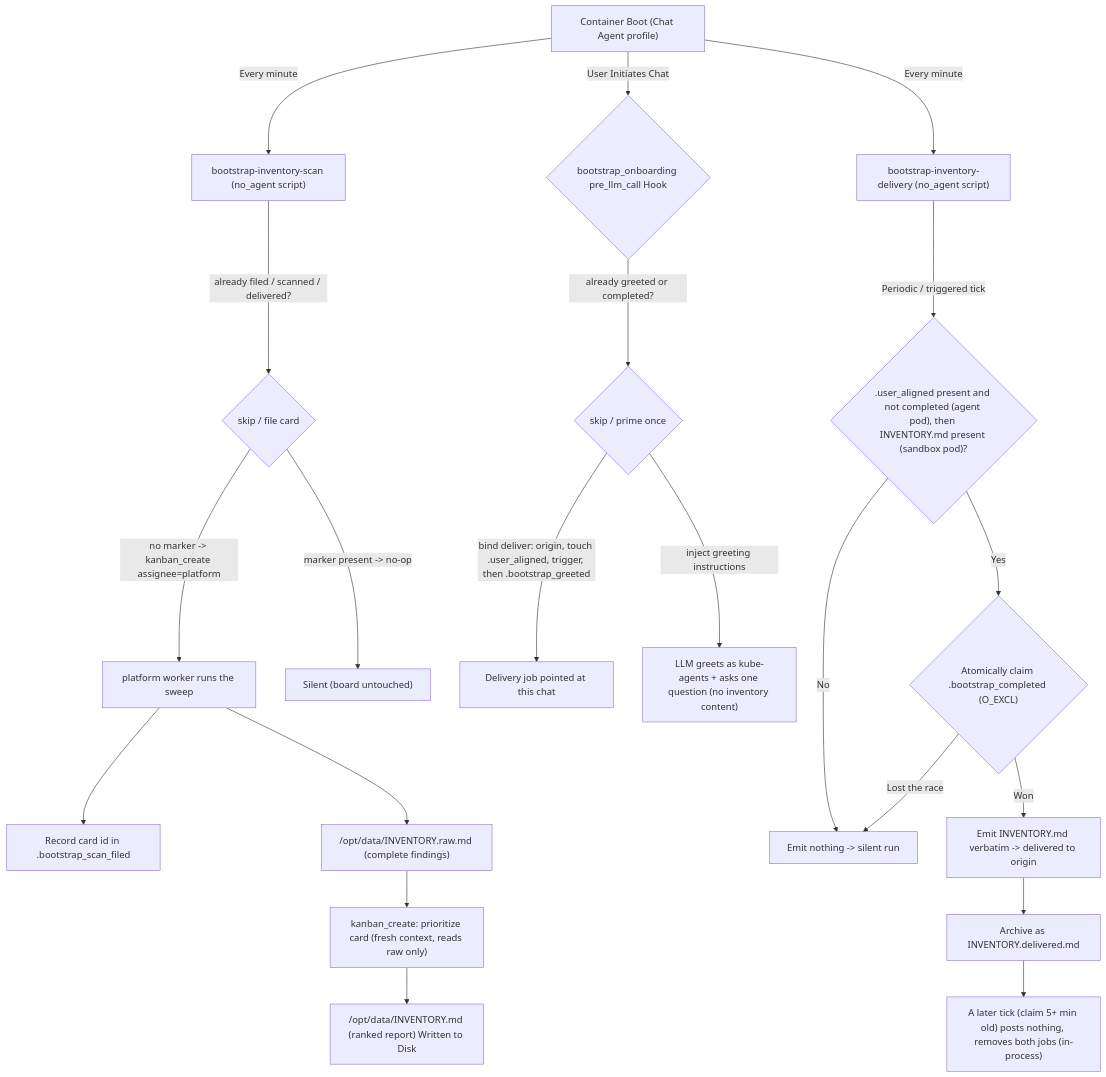
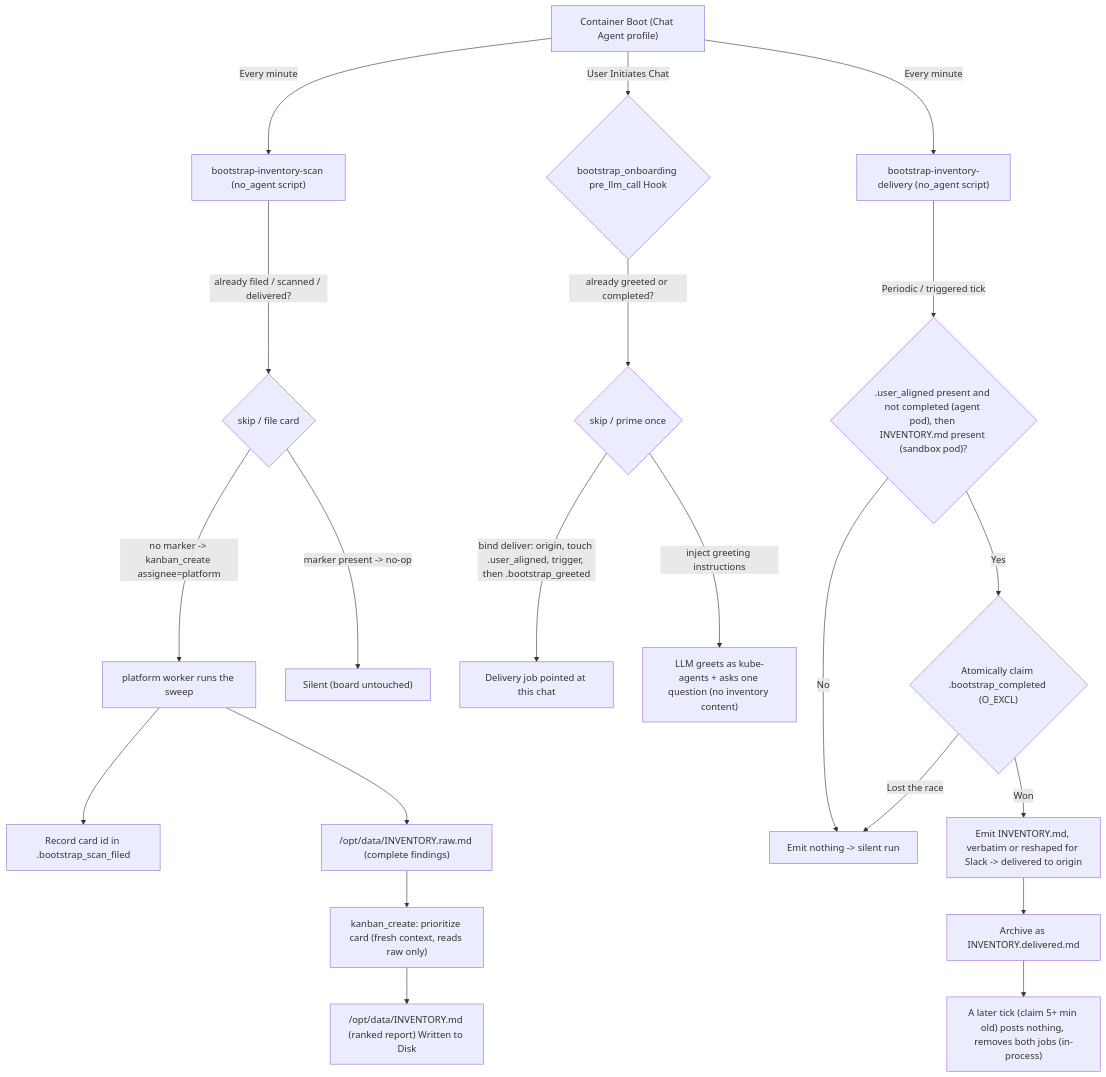
The first of 3 diagrams in agents/chat/defaults/plugins/bootstrap_onboarding/README.md (Fuxiao-Gao/kube-agents), drawn with Mermaid before and after one commit. The commit also changed other lines of this file and 29 other files, not shown here.

Commit message:
feat(slack): summarize the first inventory report and fleet audit reports (#2198)

````diff
--- a/agents/chat/defaults/plugins/bootstrap_onboarding/README.md
+++ b/agents/chat/defaults/plugins/bootstrap_onboarding/README.md
@@ -49,26 +49,26 @@
 ```mermaid
 graph TD
     A["Container Boot (Chat Agent profile)"] -->|Every minute| B["bootstrap-inventory-scan (no_agent script)"]
     A -->|Every minute| C["bootstrap-inventory-delivery (no_agent script)"]
     A -->|User Initiates Chat| D{"bootstrap_onboarding pre_llm_call Hook"}
 
     B -->|already filed / scanned / delivered?| B2{"skip / file card"}
     B2 -->|no marker -> kanban_create assignee=platform| P["platform worker runs the sweep"]
     P --> PM["Record card id in .bootstrap_scan_filed"]
     P --> R["/opt/data/INVENTORY.raw.md (complete findings)"]
     R --> Q["kanban_create: prioritize card (fresh context, reads raw only)"]
     Q --> E["/opt/data/INVENTORY.md (ranked report) Written to Disk"]
     B2 -->|marker present -> no-op| F["Silent (board untouched)"]
 
     D -->|already greeted or completed?| DG{"skip / prime once"}
     DG -->|bind deliver: origin, touch .user_aligned, trigger, then .bootstrap_greeted| G["Delivery job pointed at this chat"]
     DG -->|inject greeting instructions| H["LLM greets as kube-agents + asks one question (no inventory content)"]
 
     C -->|Periodic / triggered tick| I{".user_aligned present and not completed (agent pod), then INVENTORY.md present (sandbox pod)?"}
     I -->|No| J["Emit nothing -> silent run"]
     I -->|Yes| CL{"Atomically claim .bootstrap_completed (O_EXCL)"}
     CL -->|Lost the race| J
-    CL -->|Won| K["Emit INVENTORY.md verbatim -> delivered to origin"]
+    CL -->|Won| K["Emit INVENTORY.md, verbatim or reshaped for Slack -> delivered to origin"]
     K --> L["Archive as INVENTORY.delivered.md"]
     L --> RT["A later tick (claim 5+ min old) posts nothing, removes both jobs (in-process)"]
 ```
````
